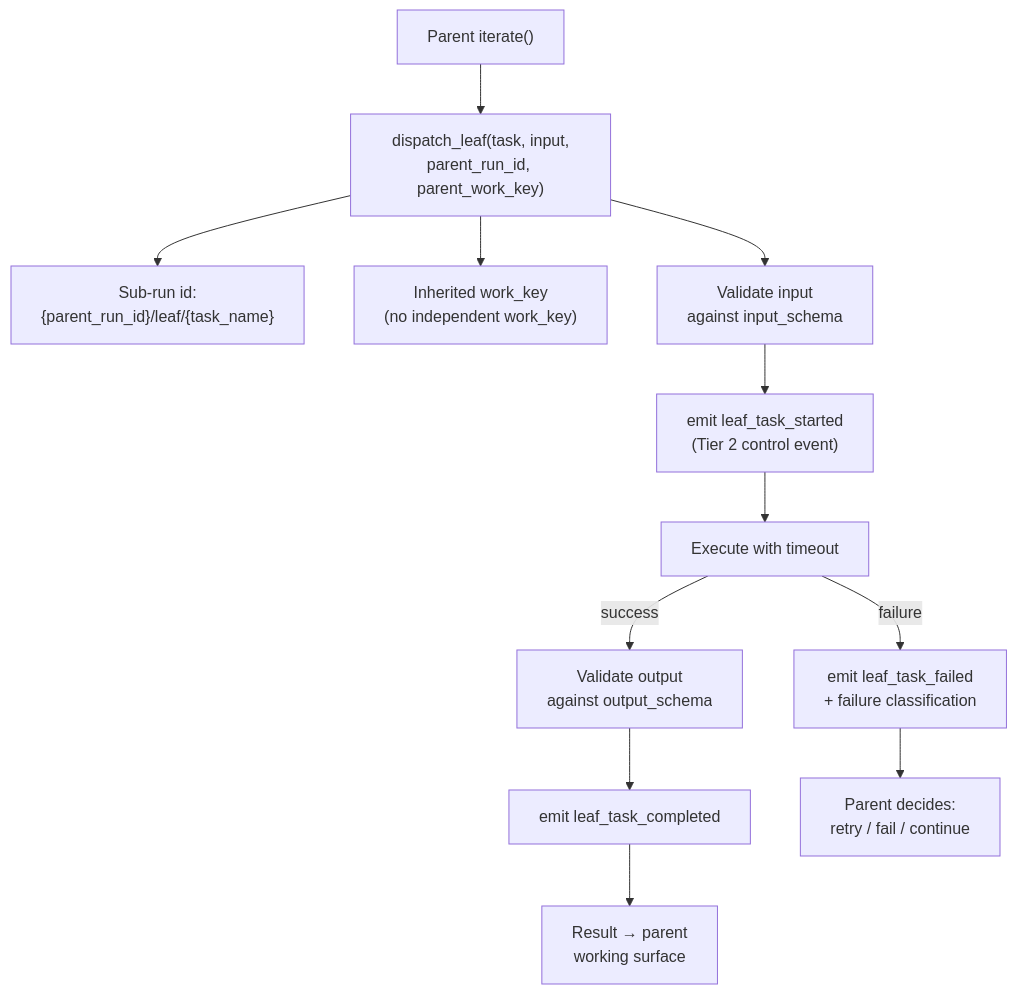
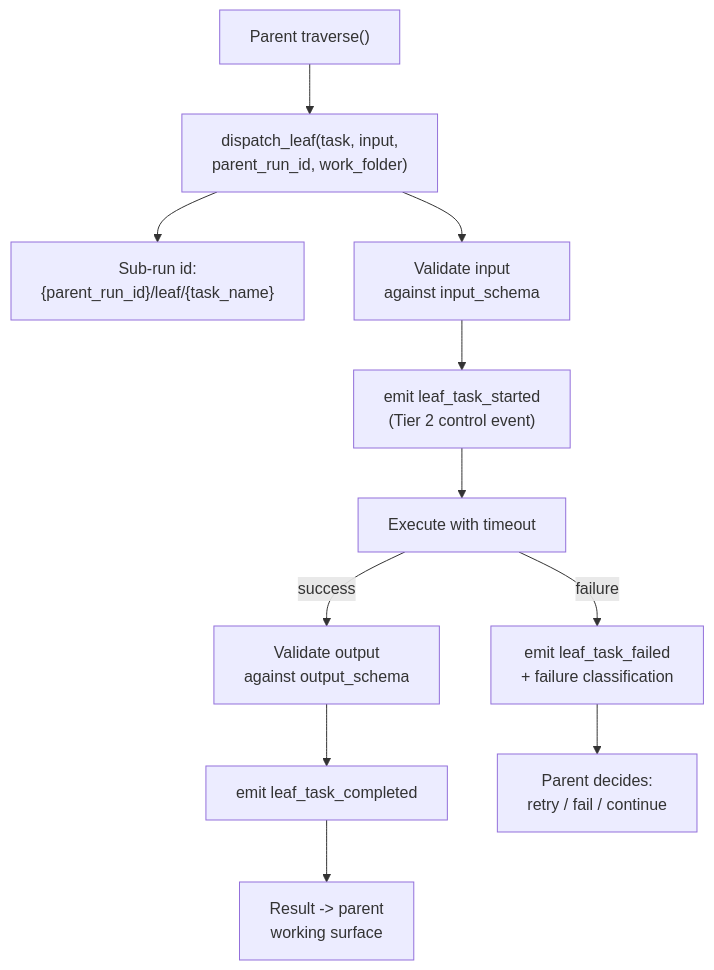
Before and after one commit to foolishimp/abiogenesis: the eighth of 23 diagrams in docs/ABG_Design_Document.md, drawn with Mermaid. The commit also changed other lines of this file and 90 other files, not shown here.

````diff
--- a/docs/ABG_Design_Document.md
+++ b/docs/ABG_Design_Document.md
@@ -392,14 +529,13 @@
 ```mermaid
 flowchart TD
-    PR["Parent iterate()"] --> DL["dispatch_leaf(task, input,\nparent_run_id, parent_work_key)"]
+    PR["Parent traverse()"] --> DL["dispatch_leaf(task, input,\nparent_run_id, work_folder)"]
     DL --> SR["Sub-run id:\n{parent_run_id}/leaf/{task_name}"]
-    DL --> INH["Inherited work_key\n(no independent work_key)"]
     DL --> VAL["Validate input\nagainst input_schema"]
     VAL --> LS["emit leaf_task_started\n(Tier 2 control event)"]
     LS --> EX["Execute with timeout"]
     EX -->|"success"| VOUT["Validate output\nagainst output_schema"]
     VOUT --> LC["emit leaf_task_completed"]
     EX -->|"failure"| LF["emit leaf_task_failed\n+ failure classification"]
-    LC --> PR2["Result → parent\nworking surface"]
+    LC --> PR2["Result -> parent\nworking surface"]
     LF --> PR3["Parent decides:\nretry / fail / continue"]
 ```
````
